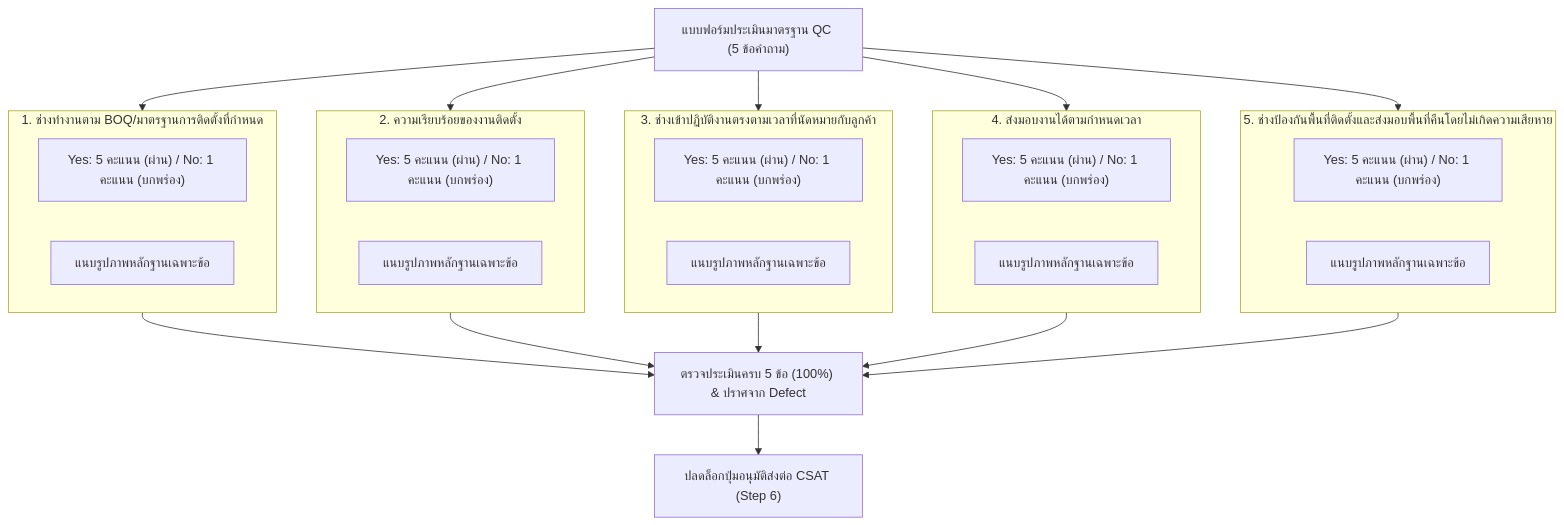
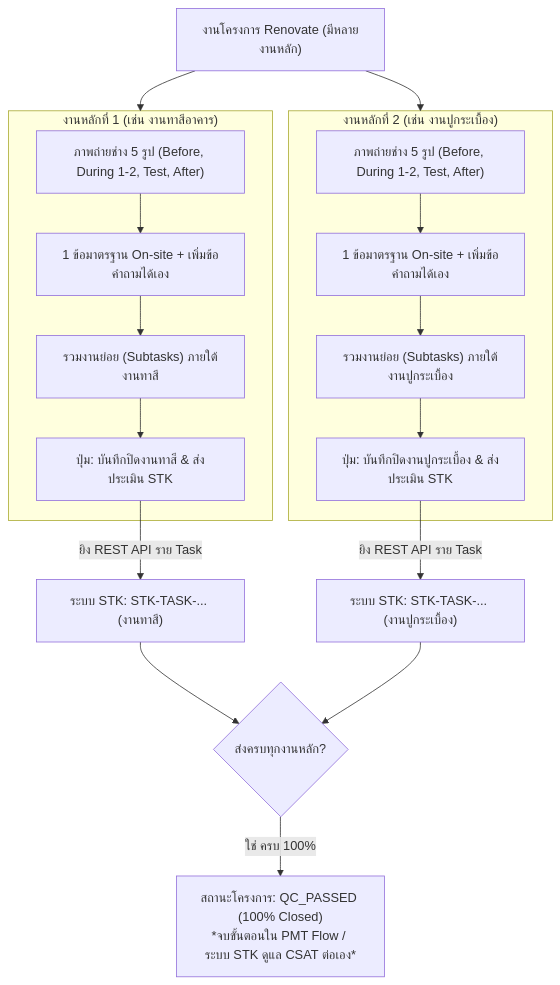
One commit to isarachootip/pmt_flow changed the fifth of 5 diagrams in doc/คู่มือการใช้งาน_Step6_ตรวจรับรองคุณภาพQC.md. Above: the diagram before and after it, drawn with Mermaid. The commit also changed other lines of this file and 8 other files, not shown here.

Commit message:
feat(qc): implement per-task QC inspection and STK closure workflow

````diff
--- a/doc/คู่มือการใช้งาน_Step6_ตรวจรับรองคุณภาพQC.md
+++ b/doc/คู่มือการใช้งาน_Step6_ตรวจรับรองคุณภาพQC.md
@@ -219,43 +225,30 @@
 ```mermaid
 graph TD
-    QC["แบบฟอร์มประเมินมาตรฐาน QC (5 ข้อคำถาม)"]
+    Project["งานโครงการ Renovate (มีหลายงานหลัก)"]
     
-    subgraph Q1["1. ช่างทำงานตาม BOQ/มาตรฐานการติดตั้งที่กำหนด"]
-        A1["Yes: 5 คะแนน (ผ่าน) / No: 1 คะแนน (บกพร่อง)"]
-        P1["แนบรูปภาพหลักฐานเฉพาะข้อ"]
+    subgraph Task1["งานหลักที่ 1 (เช่น งานทาสีอาคาร)"]
+        P1["ภาพถ่ายช่าง 5 รูป (Before, During 1-2, Test, After)"]
+        Q1["1 ข้อมาตรฐาน On-site + เพิ่มข้อคำถามได้เอง"]
+        Sub1["รวมงานย่อย (Subtasks) ภายใต้งานทาสี"]
+        Btn1["ปุ่ม: บันทึกปิดงานทาสี & ส่งประเมิน STK"]
+        P1 --> Q1 --> Sub1 --> Btn1
     end
 
-    subgraph Q2["2. ความเรียบร้อยของงานติดตั้ง"]
-        A2["Yes: 5 คะแนน (ผ่าน) / No: 1 คะแนน (บกพร่อง)"]
-        P2["แนบรูปภาพหลักฐานเฉพาะข้อ"]
+    subgraph Task2["งานหลักที่ 2 (เช่น งานปูกระเบื้อง)"]
+        P2["ภาพถ่ายช่าง 5 รูป (Before, During 1-2, Test, After)"]
+        Q2["1 ข้อมาตรฐาน On-site + เพิ่มข้อคำถามได้เอง"]
+        Sub2["รวมงานย่อย (Subtasks) ภายใต้งานปูกระเบื้อง"]
+        Btn2["ปุ่ม: บันทึกปิดงานปูกระเบื้อง & ส่งประเมิน STK"]
+        P2 --> Q2 --> Sub2 --> Btn2
     end
 
-    subgraph Q3["3. ช่างเข้าปฏิบัติงานตรงตามเวลาที่นัดหมายกับลูกค้า"]
-        A3["Yes: 5 คะแนน (ผ่าน) / No: 1 คะแนน (บกพร่อง)"]
-        P3["แนบรูปภาพหลักฐานเฉพาะข้อ"]
-    end
-
-    subgraph Q4["4. ส่งมอบงานได้ตามกำหนดเวลา"]
-        A4["Yes: 5 คะแนน (ผ่าน) / No: 1 คะแนน (บกพร่อง)"]
-        P4["แนบรูปภาพหลักฐานเฉพาะข้อ"]
-    end
-
-    subgraph Q5["5. ช่างป้องกันพื้นที่ติดตั้งและส่งมอบพื้นที่คืนโดยไม่เกิดความเสียหาย"]
-        A5["Yes: 5 คะแนน (ผ่าน) / No: 1 คะแนน (บกพร่อง)"]
-        P5["แนบรูปภาพหลักฐานเฉพาะข้อ"]
-    end
-
-    QC --> Q1
-    QC --> Q2
-    QC --> Q3
-    QC --> Q4
-    QC --> Q5
-
-    Q1 --> Check["ตรวจประเมินครบ 5 ข้อ (100%) & ปราศจาก Defect"]
-    Q2 --> Check
-    Q3 --> Check
-    Q4 --> Check
-    Q5 --> Check
-
-    Check --> Approve["ปลดล็อกปุ่มอนุมัติส่งต่อ CSAT (Step 6)"]
+    Project --> Task1
+    Project --> Task2
+    
+    Btn1 -->|ยิง REST API ราย Task| STK1["ระบบ STK: STK-TASK-... (งานทาสี)"]
+    Btn2 -->|ยิง REST API ราย Task| STK2["ระบบ STK: STK-TASK-... (งานปูกระเบื้อง)"]
+    
+    STK1 --> Complete{"ส่งครบทุกงานหลัก?"}
+    STK2 --> Complete
+    Complete -->|ใช่ ครบ 100%| Closed["สถานะโครงการ: QC_PASSED (100% Closed)<br/>*จบขั้นตอนใน PMT Flow / ระบบ STK ดูแล CSAT ต่อเอง*"]
 ```
````
